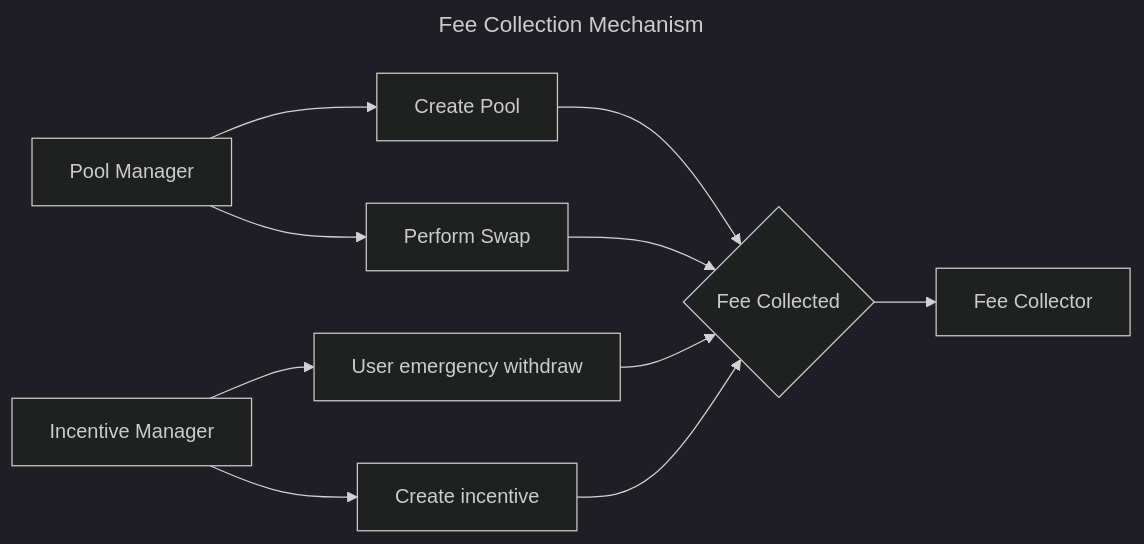
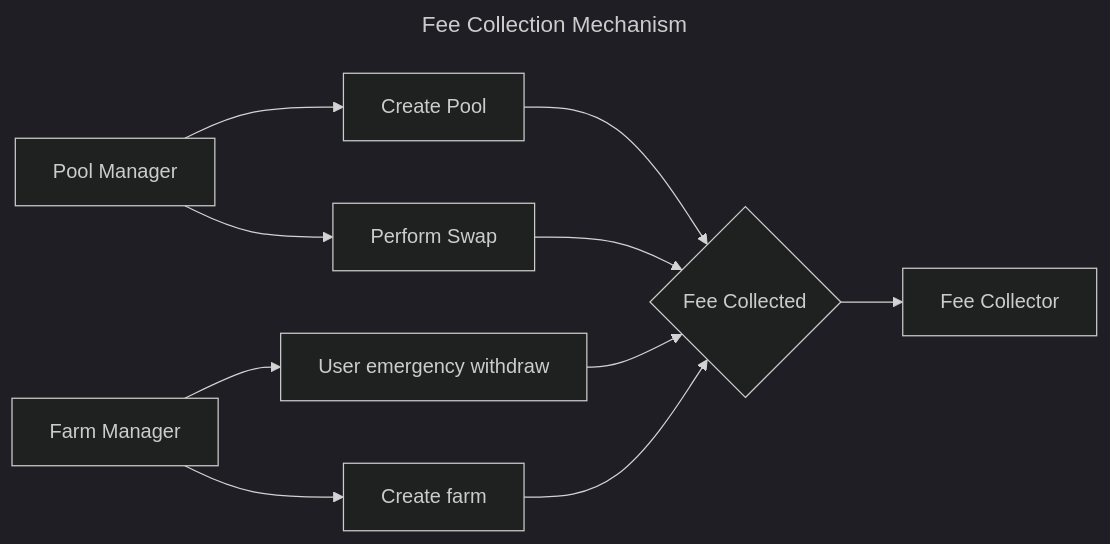
The diagram in contracts/fee-collector/README.md (MANTRA-Chain/mantra-dex), drawn with Mermaid (dark theme) before and after one commit. The commit also changed other lines of this file and 52 other files, not shown here.

````diff
--- a/contracts/fee-collector/README.md
+++ b/contracts/fee-collector/README.md
@@ -6,17 +6,17 @@
 ```mermaid
 ---
 title: Fee Collection Mechanism
 ---
 graph LR
     A[Pool Manager] --> B[Create Pool]
     A --> D[Perform Swap]
 
-    H[Incentive Manager] --> I[Create incentive]
+    H[Farm Manager] --> I[Create farm]
     H --> L[User emergency withdraw]
 
     B --> J{Fee Collected}
     D --> J
     L --> J
     I --> J
     J --> K[Fee Collector]
 ```
````
